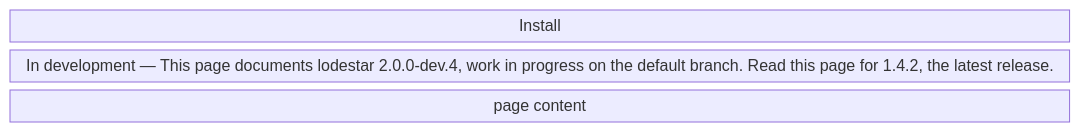
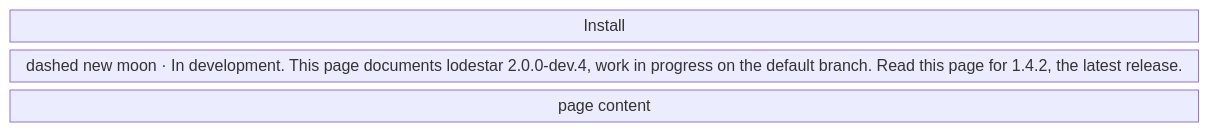
Before and after one commit to nepal-dev-com/docs.nepal-dev.com: the sixth of 8 diagrams in content/docs/maintain/app-flow/site-pages.mdx, drawn with Mermaid. The commit also changed other lines of this file and 63 other files, not shown here.

````diff
--- a/content/docs/maintain/app-flow/site-pages.mdx
+++ b/content/docs/maintain/app-flow/site-pages.mdx
@@ -189,7 +197,7 @@
 ```mermaid
 block-beta
   columns 4
   h1["Install"]:4
-  banner["In development — This page documents lodestar 2.0.0-dev.4, work in progress on the default branch. Read this page for 1.4.2, the latest release."]:4
+  banner["dashed new moon · In development. This page documents lodestar 2.0.0-dev.4, work in progress on the default branch. Read this page for 1.4.2, the latest release."]:4
   body["page content"]:4
 ```
````
